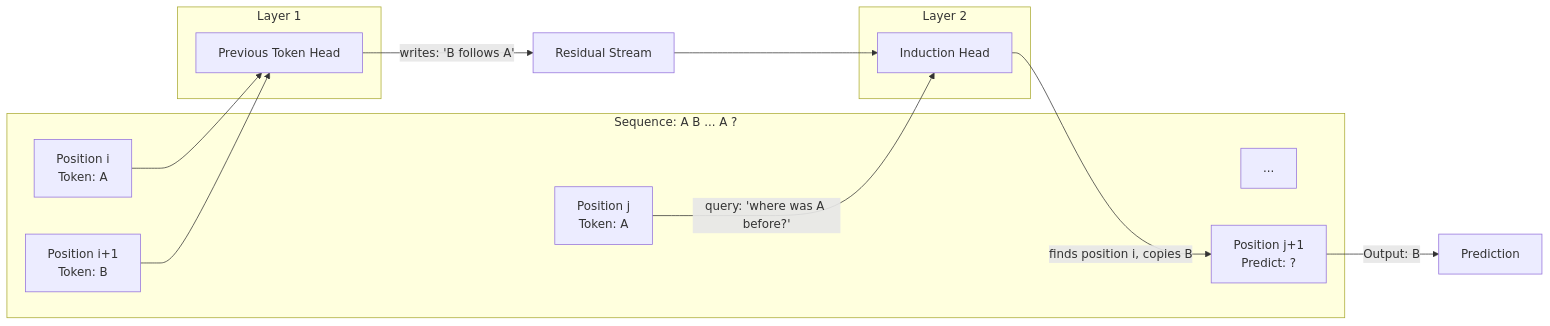
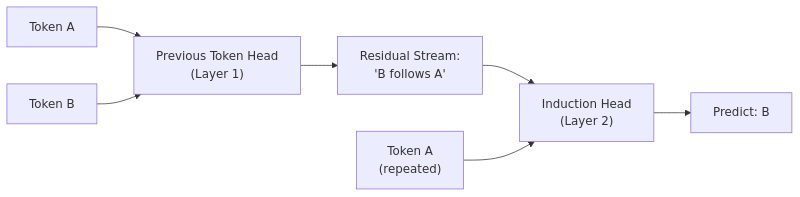
One commit to ttsugriy/mechinterp-first-principles changed the diagram in articles/13-induction-heads.qmd. Above: the diagram before and after it, drawn with Mermaid. The commit also changed 7 other files, not shown here.

First line of the commit message:
Add interactive visualizations and simplified diagrams

````diff
--- a/articles/13-induction-heads.qmd
+++ b/articles/13-induction-heads.qmd
@@ -107,27 +107,11 @@
 ```{mermaid}
-%%| fig-cap: "The induction circuit: a two-layer mechanism where the previous token head enables the induction head to find and copy patterns."
+%%| fig-cap: "The induction circuit: Layer 1 records 'B follows A', Layer 2 uses this to predict B when A repeats."
+%%| fig-width: 8
 flowchart LR
-    subgraph "Sequence: A B ... A ?"
-        P1["Position i<br/>Token: A"]
-        P2["Position i+1<br/>Token: B"]
-        P3["..."]
-        P4["Position j<br/>Token: A"]
-        P5["Position j+1<br/>Predict: ?"]
-    end
-
-    subgraph "Layer 1"
-        PTH["Previous Token Head"]
-    end
-
-    subgraph "Layer 2"
-        IH["Induction Head"]
-    end
-
-    P1 --> PTH
-    P2 --> PTH
-    PTH -->|"writes: 'B follows A'"| RS["Residual Stream"]
-    RS --> IH
-    P4 -->|"query: 'where was A before?'"| IH
-    IH -->|"finds position i, copies B"| P5
-    P5 -->|"Output: B"| OUT[Prediction]
+    A["Token A"] --> PTH["Previous Token Head<br/>(Layer 1)"]
+    B["Token B"] --> PTH
+    PTH --> RS["Residual Stream:<br/>'B follows A'"]
+    RS --> IH["Induction Head<br/>(Layer 2)"]
+    A2["Token A<br/>(repeated)"] --> IH
+    IH --> OUT["Predict: B"]
 ```
````
